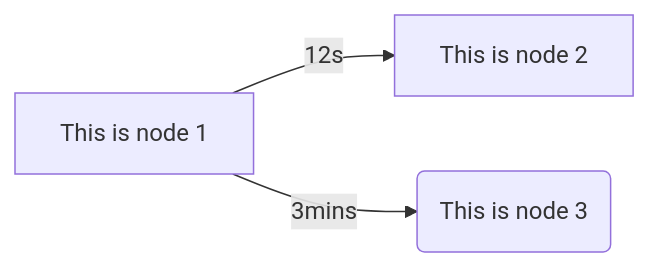
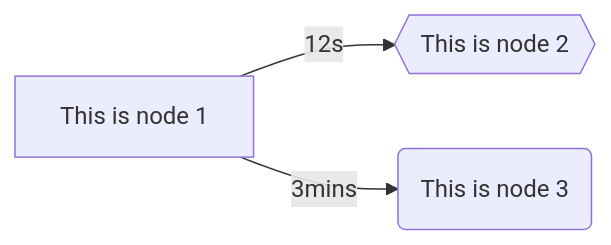
Before and after one commit to samsmithnz/MermaidDotNet: the diagram in README.md, drawn with Mermaid. The commit also changed other lines of this file, not shown here.

````diff
--- a/README.md
+++ b/README.md
@@ -38,8 +38,8 @@
 ```mermaid  
 flowchart LR
     node1[This is node 1]
-    node2[This is node 2]
+    node2{{This is node 2}}
     node3(This is node 3)
     node1--12s-->node2
     node1--3mins-->node3
 ```
````
